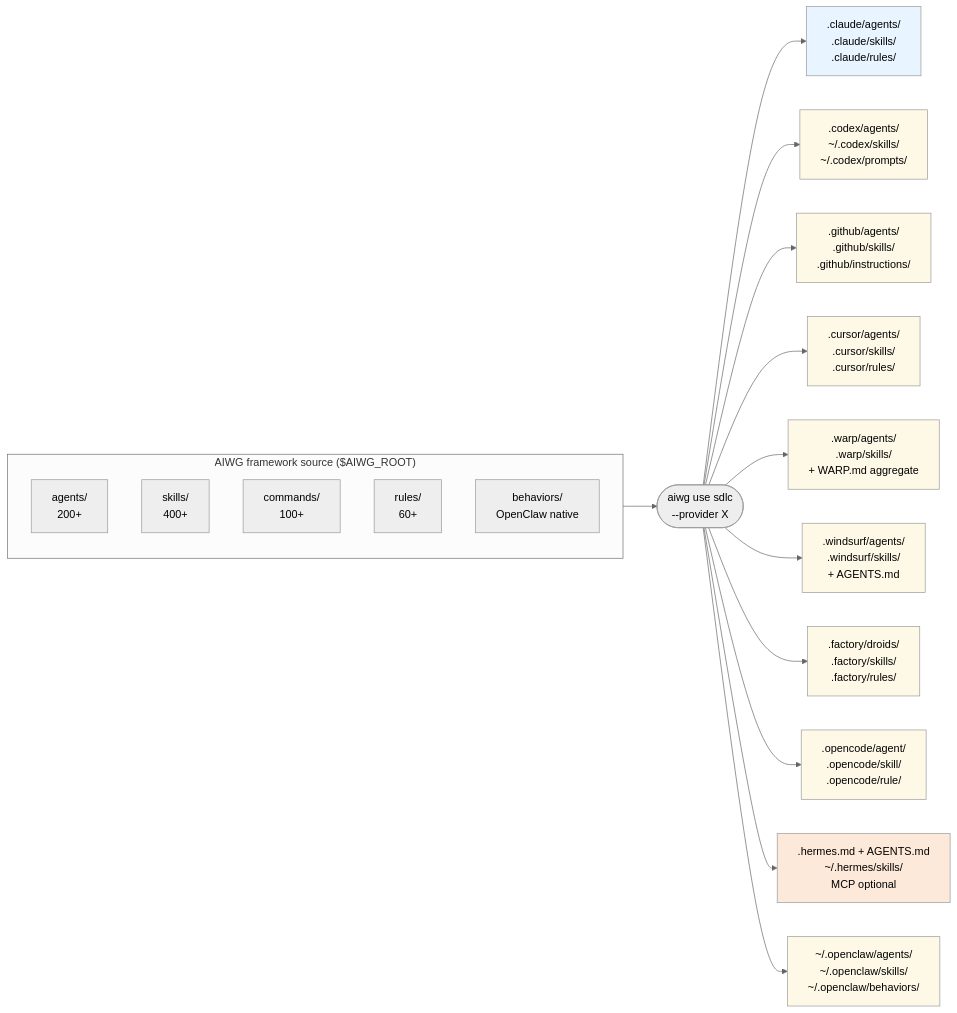
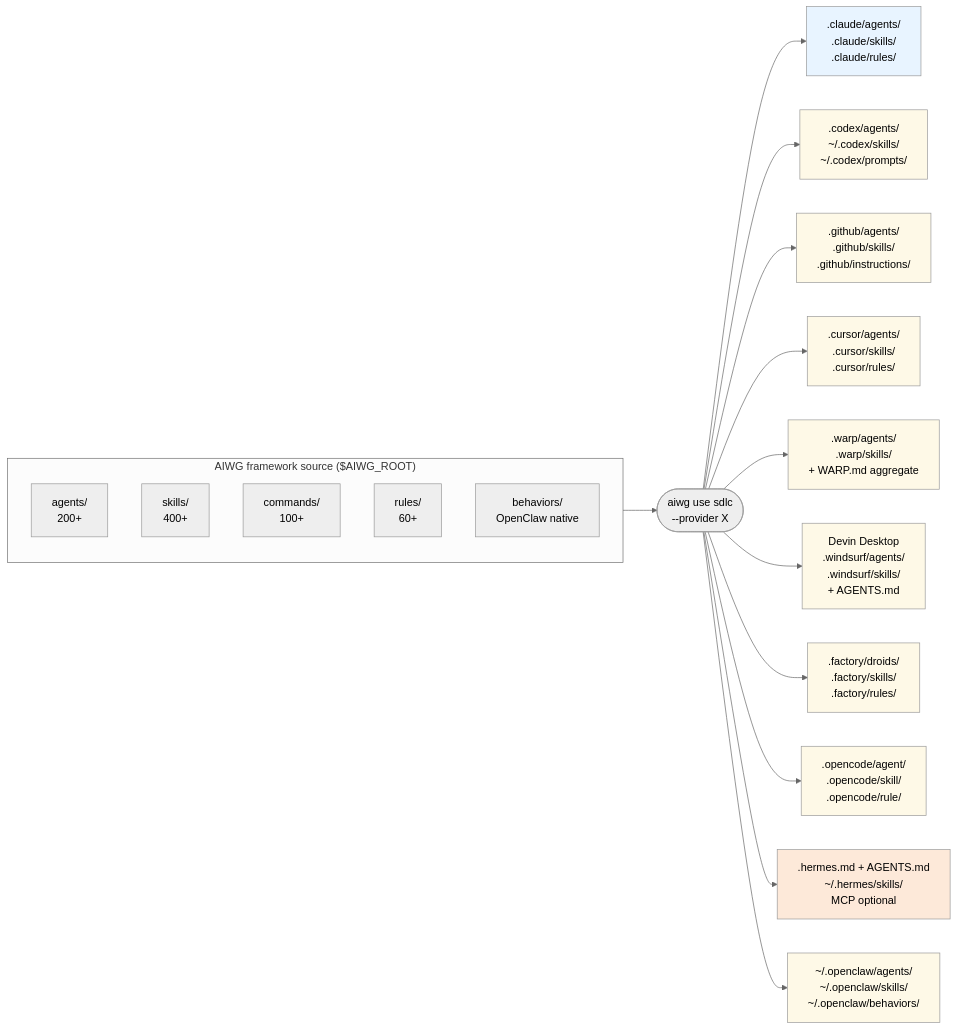
Before and after one commit to jmagly/ai-writing-guide: the seventh of 8 diagrams in docs/architecture-overview.md, drawn with Mermaid (neutral theme). The commit also changed other lines of this file and 9 other files, not shown here.

````diff
--- a/docs/architecture-overview.md
+++ b/docs/architecture-overview.md
@@ -276,32 +276,32 @@
 ```mermaid
 flowchart LR
   subgraph SOURCE["AIWG framework source ($AIWG_ROOT)"]
     direction TB
     AG[agents/<br/>200+]
     SK[skills/<br/>400+]
     CM[commands/<br/>100+]
     RL[rules/<br/>60+]
     BE[behaviors/<br/>OpenClaw native]
   end
 
   CLI([aiwg use sdlc<br/>--provider X])
   SOURCE --> CLI
 
   CLI --> CC[".claude/agents/<br/>.claude/skills/<br/>.claude/rules/"]
   CLI --> CX[".codex/agents/<br/>~/.codex/skills/<br/>~/.codex/prompts/"]
   CLI --> CP[".github/agents/<br/>.github/skills/<br/>.github/instructions/"]
   CLI --> CR[".cursor/agents/<br/>.cursor/skills/<br/>.cursor/rules/"]
   CLI --> WP[".warp/agents/<br/>.warp/skills/<br/>+ WARP.md aggregate"]
-  CLI --> WS[".windsurf/agents/<br/>.windsurf/skills/<br/>+ AGENTS.md"]
+  CLI --> WS["Devin Desktop<br/>.windsurf/agents/<br/>.windsurf/skills/<br/>+ AGENTS.md"]
   CLI --> FA[".factory/droids/<br/>.factory/skills/<br/>.factory/rules/"]
   CLI --> OC[".opencode/agent/<br/>.opencode/skill/<br/>.opencode/rule/"]
   CLI --> HE[".hermes.md + AGENTS.md<br/>~/.hermes/skills/<br/>MCP optional"]
   CLI --> OW["~/.openclaw/agents/<br/>~/.openclaw/skills/<br/>~/.openclaw/behaviors/"]
 
   classDef claude fill:#e8f4ff
   classDef codex fill:#fef9e7
   classDef hermes fill:#fde9d9
   class CC claude
   class CX,CP,CR,WP,WS,FA,OC,OW codex
   class HE hermes
 ```
````
